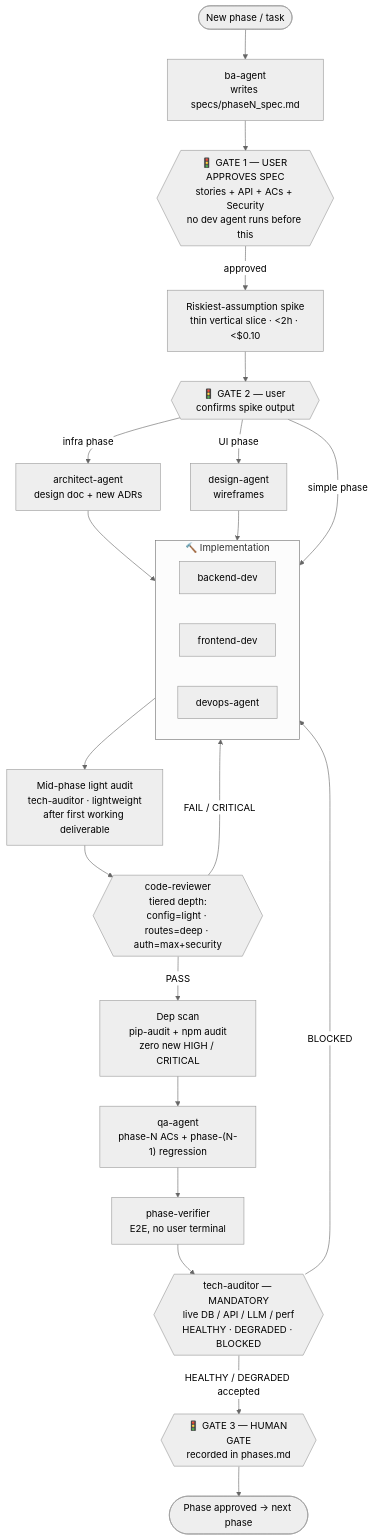
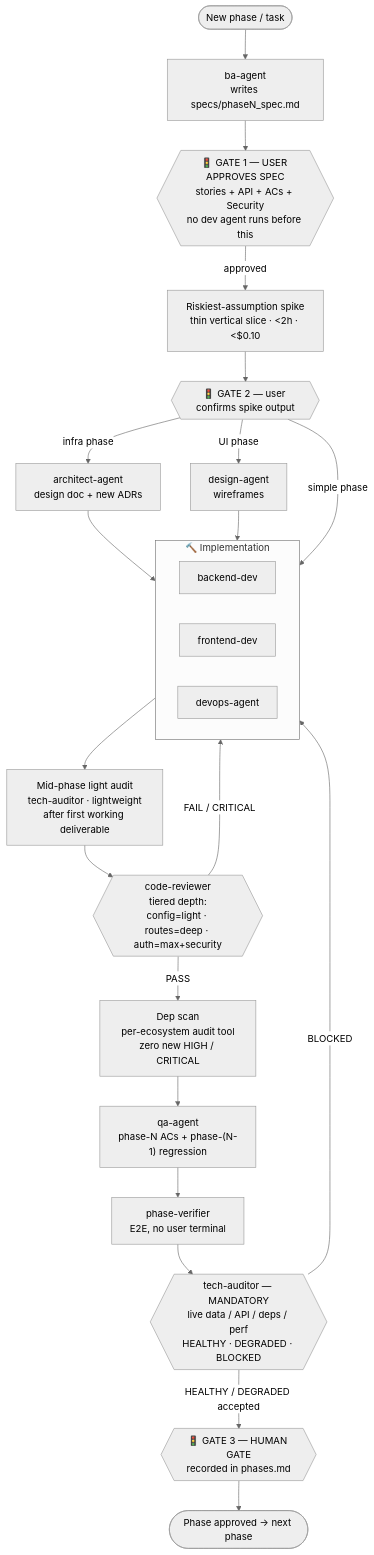
Before and after one commit to SosoBidzinashvili/agent-office: the second of 2 diagrams in docs/agent_workflow.md, drawn with Mermaid (neutral theme). The commit also changed other lines of this file and 17 other files, not shown here.

````diff
--- a/docs/agent_workflow.md
+++ b/docs/agent_workflow.md
@@ -73,31 +74,31 @@
 ```mermaid
 flowchart TD
     START([New phase / task]) --> BA["ba-agent<br/>writes specs/phaseN_spec.md"]
     BA --> G1{{"🚦 GATE 1 — USER APPROVES SPEC<br/>stories + API + ACs + Security<br/>no dev agent runs before this"}}
     G1 -->|approved| SPIKE["Riskiest-assumption spike<br/>thin vertical slice · &lt;2h · &lt;$0.10"]
     SPIKE --> G2{{"🚦 GATE 2 — user confirms spike output"}}
 
     G2 -->|infra phase| ARCH["architect-agent<br/>design doc + new ADRs"]
     G2 -->|UI phase| DES["design-agent<br/>wireframes"]
     ARCH --> BUILD
     DES --> BUILD
     G2 -->|simple phase| BUILD
 
     subgraph BUILD["🔨 Implementation"]
         direction LR
         BE["backend-dev"]
         FE["frontend-dev"]
         OPS["devops-agent"]
     end
 
     BUILD --> MID["Mid-phase light audit<br/>tech-auditor · lightweight<br/>after first working deliverable"]
     MID --> CR{{"code-reviewer<br/>tiered depth:<br/>config=light · routes=deep · auth=max+security"}}
     CR -->|FAIL / CRITICAL| BUILD
-    CR -->|PASS| DEP["Dep scan<br/>pip-audit + npm audit<br/>zero new HIGH / CRITICAL"]
+    CR -->|PASS| DEP["Dep scan<br/>per-ecosystem audit tool<br/>zero new HIGH / CRITICAL"]
     DEP --> QA["qa-agent<br/>phase-N ACs + phase-(N-1) regression"]
     QA --> PV["phase-verifier<br/>E2E, no user terminal"]
-    PV --> TA{{"tech-auditor — MANDATORY<br/>live DB / API / LLM / perf<br/>HEALTHY · DEGRADED · BLOCKED"}}
+    PV --> TA{{"tech-auditor — MANDATORY<br/>live data / API / deps / perf<br/>HEALTHY · DEGRADED · BLOCKED"}}
     TA -->|BLOCKED| BUILD
     TA -->|HEALTHY / DEGRADED accepted| G3{{"🚦 GATE 3 — HUMAN GATE<br/>recorded in phases.md"}}
     G3 --> DONE([Phase approved → next phase])
 ```
````
